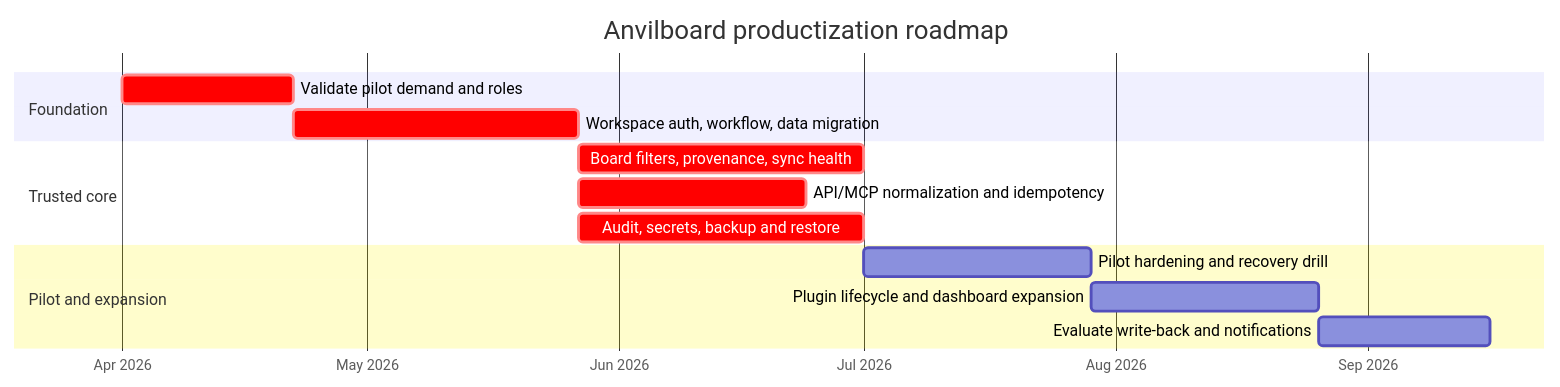
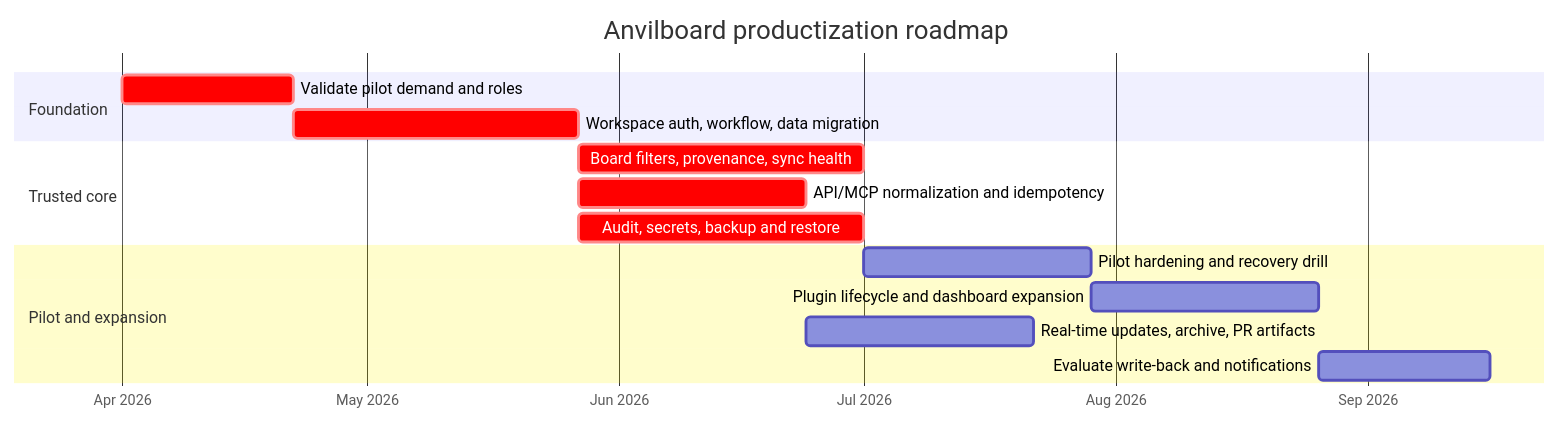
One commit to sommmen/Anvilboard changed the third of 3 diagrams in docs/anvilboard/prd.md. Above: the diagram before and after it, drawn with Mermaid. The commit also changed other lines of this file and 9 other files, not shown here.

````diff
--- a/docs/anvilboard/prd.md
+++ b/docs/anvilboard/prd.md
@@ -358,17 +372,18 @@
 ```mermaid
 gantt
     title Anvilboard productization roadmap
     dateFormat  YYYY-MM-DD
     axisFormat  %b %Y
     section Foundation
     Validate pilot demand and roles             :crit, p1, 2026-04-01, 21d
     Workspace auth, workflow, data migration   :crit, p2, after p1, 35d
     section Trusted core
     Board filters, provenance, sync health     :crit, p3, after p2, 35d
     API/MCP normalization and idempotency      :crit, p4, after p2, 28d
     Audit, secrets, backup and restore         :crit, p5, after p2, 35d
     section Pilot and expansion
     Pilot hardening and recovery drill         :p6, after p3, 28d
     Plugin lifecycle and dashboard expansion   :p7, after p6, 28d
+    Real-time updates, archive, PR artifacts   :p9, after p4, 28d
     Evaluate write-back and notifications      :p8, after p7, 21d
 ```
````
